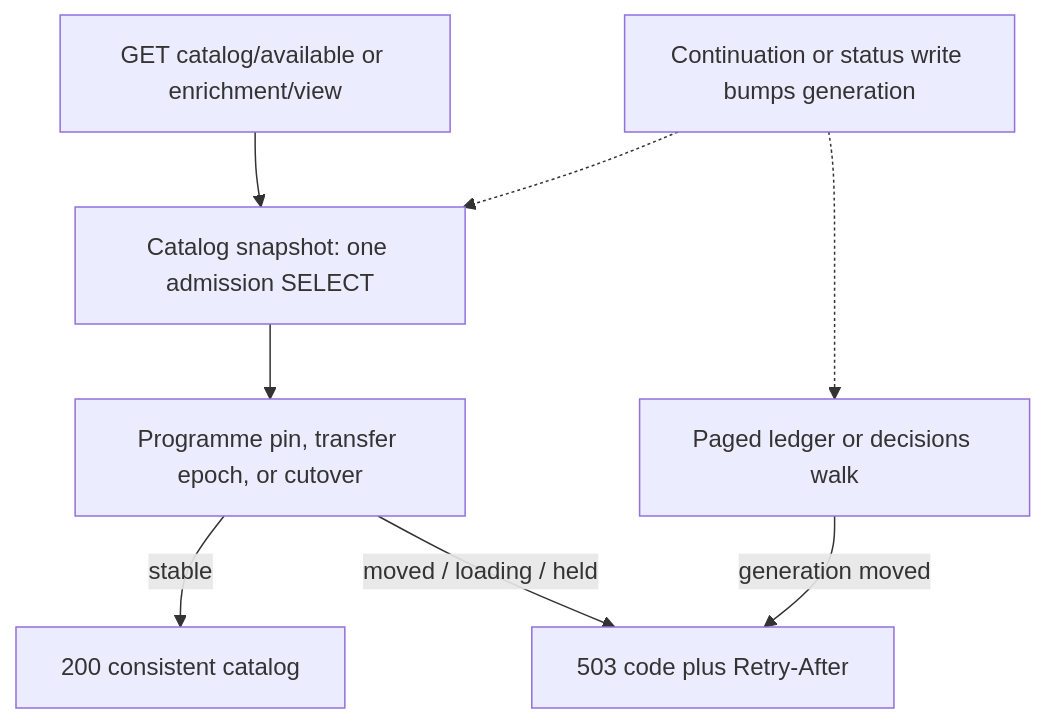
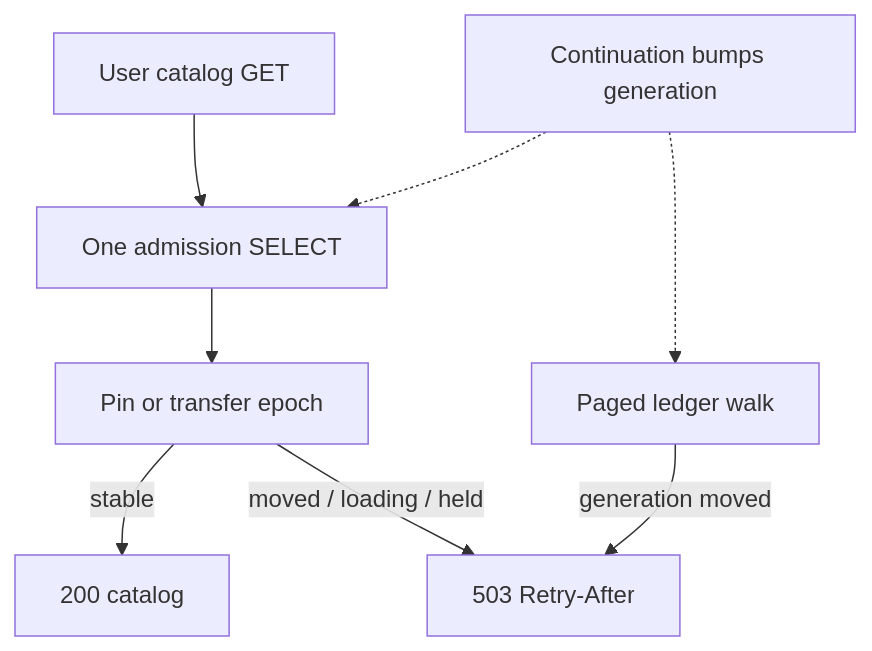
One commit to vladimino/iptv-watchlist changed the second of 2 diagrams in docs/architecture/observability-and-failures.md. Above: the diagram before and after it, drawn with Mermaid.

Commit message:
docs(AIR-493): shorten ADR 0147 mermaid labels for GitHub render
GitHub SVG clipped the previous node titles mid-word. Shorter labels
keep the same edges: user GET snapshot vs generation-fenced paged walk.

````diff
--- a/docs/architecture/observability-and-failures.md
+++ b/docs/architecture/observability-and-failures.md
@@ -48,17 +48,17 @@
 ```mermaid
 flowchart TD
-    userGet["GET catalog/available or enrichment/view"]
-    snapshot["Catalog snapshot: one admission SELECT"]
-    paged["Paged ledger or decisions walk"]
-    genBump["Continuation or status write bumps generation"]
-    pin["Programme pin, transfer epoch, or cutover"]
-    ok["200 consistent catalog"]
-    wait["503 code plus Retry-After"]
+    userGet["User catalog GET"]
+    snapshot["One admission SELECT"]
+    paged["Paged ledger walk"]
+    genBump["Continuation bumps generation"]
+    pin["Pin or transfer epoch"]
+    ok["200 catalog"]
+    wait["503 Retry-After"]
     userGet --> snapshot
     snapshot --> pin
     pin -->|stable| ok
     pin -->|moved / loading / held| wait
     genBump -.-> snapshot
     genBump -.-> paged
     paged -->|generation moved| wait
 ```
````
